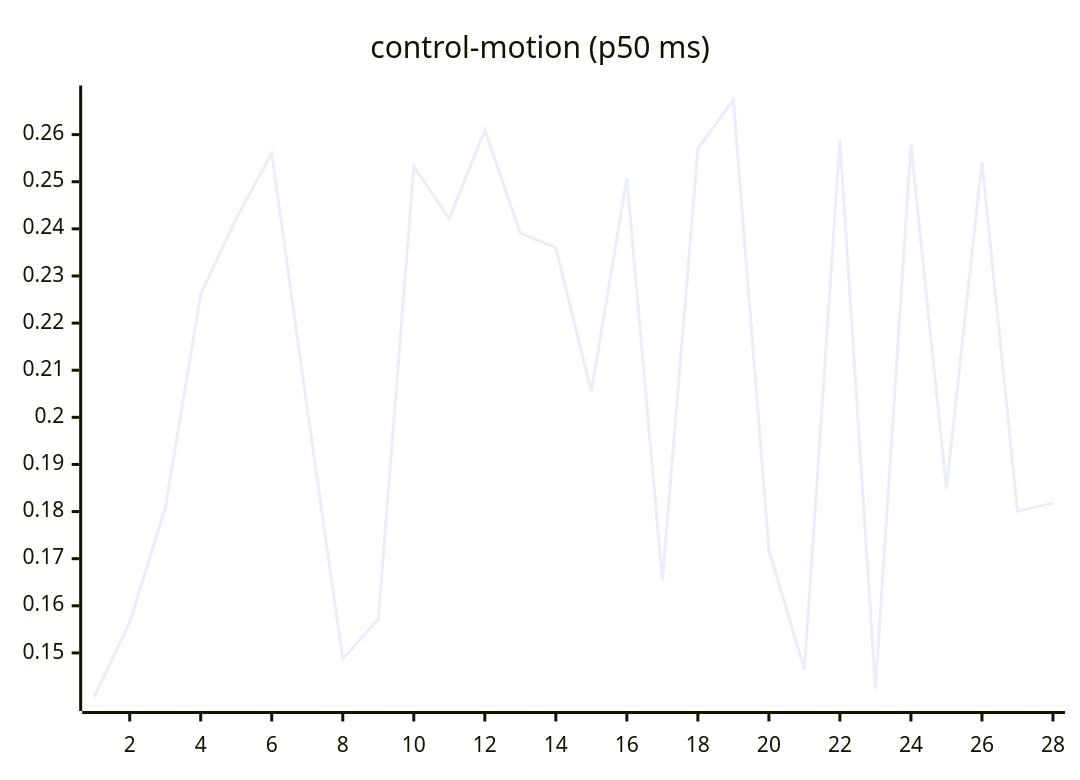
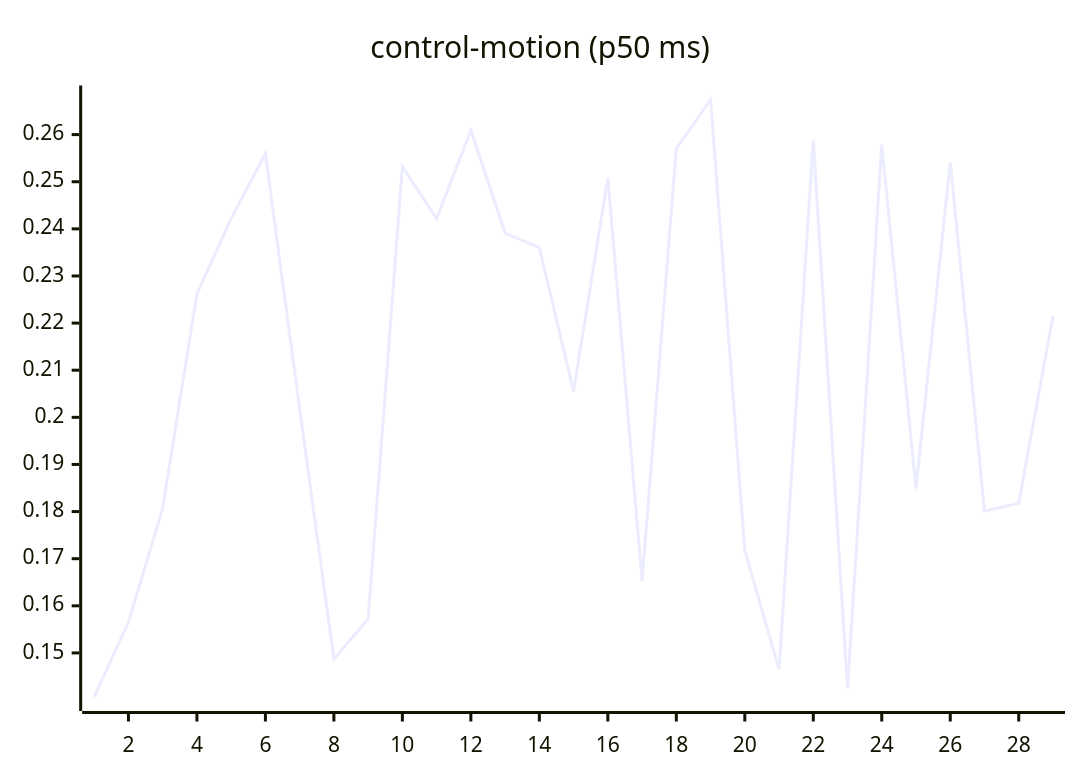
Before and after one commit to josha/Facet: the seventh of 27 diagrams in README.md, drawn with Mermaid. The commit also changed other lines of this file and 2 other files, not shown here.

````diff
--- a/README.md
+++ b/README.md
@@ -105,6 +105,6 @@
 ```mermaid
 xychart-beta
     title "control-motion (p50 ms)"
-    x-axis 1 --> 28
-    line [0.1407, 0.1565, 0.1807, 0.2262, 0.2422, 0.2560, 0.2018, 0.1487, 0.1572, 0.2532, 0.2422, 0.2609, 0.2391, 0.2360, 0.2055, 0.2508, 0.1653, 0.2570, 0.2674, 0.1718, 0.1465, 0.2588, 0.1424, 0.2579, 0.1849, 0.2542, 0.1801, 0.1818]
+    x-axis 1 --> 29
+    line [0.1407, 0.1565, 0.1807, 0.2262, 0.2422, 0.2560, 0.2018, 0.1487, 0.1572, 0.2532, 0.2422, 0.2609, 0.2391, 0.2360, 0.2055, 0.2508, 0.1653, 0.2570, 0.2674, 0.1718, 0.1465, 0.2588, 0.1424, 0.2579, 0.1849, 0.2542, 0.1801, 0.1818, 0.2215]
 ```
````
